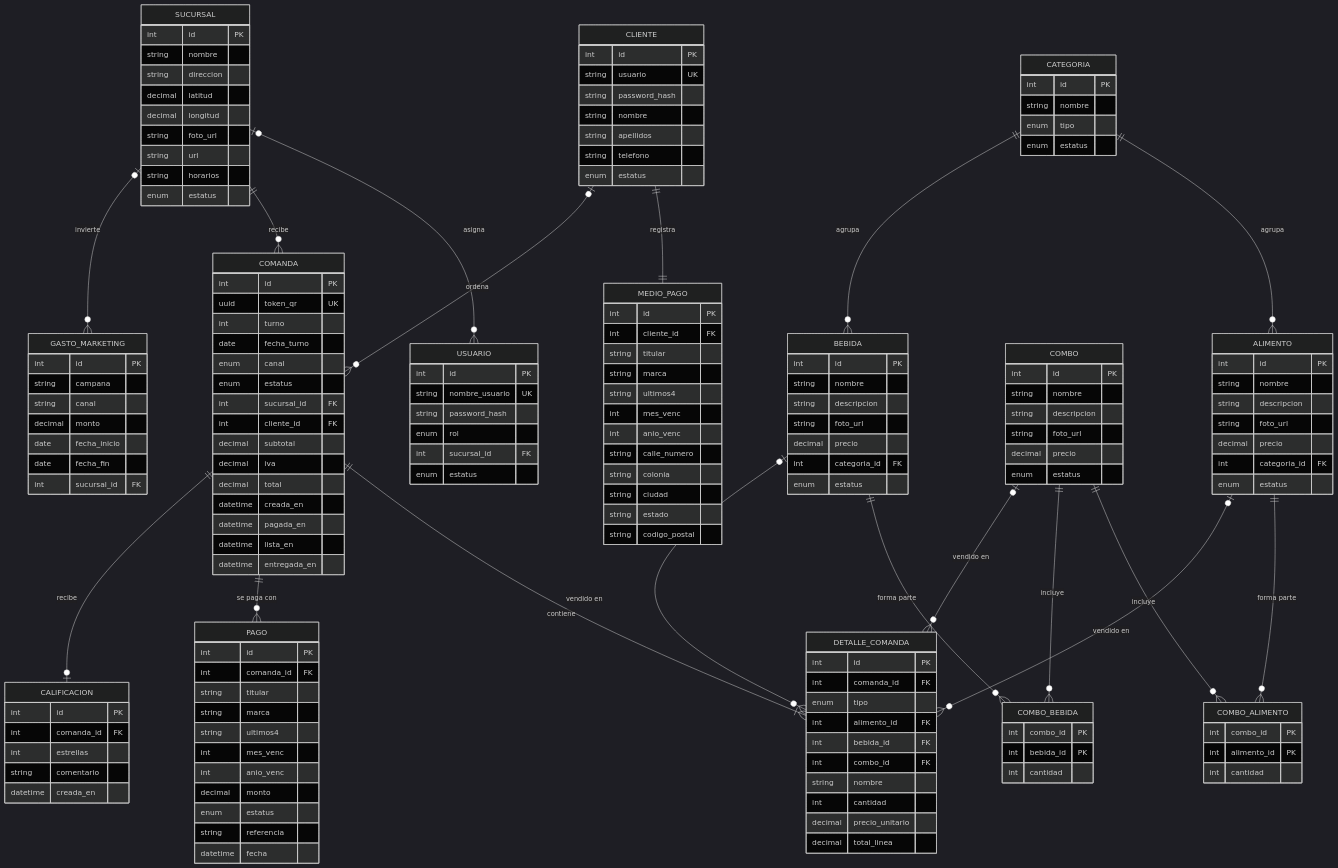
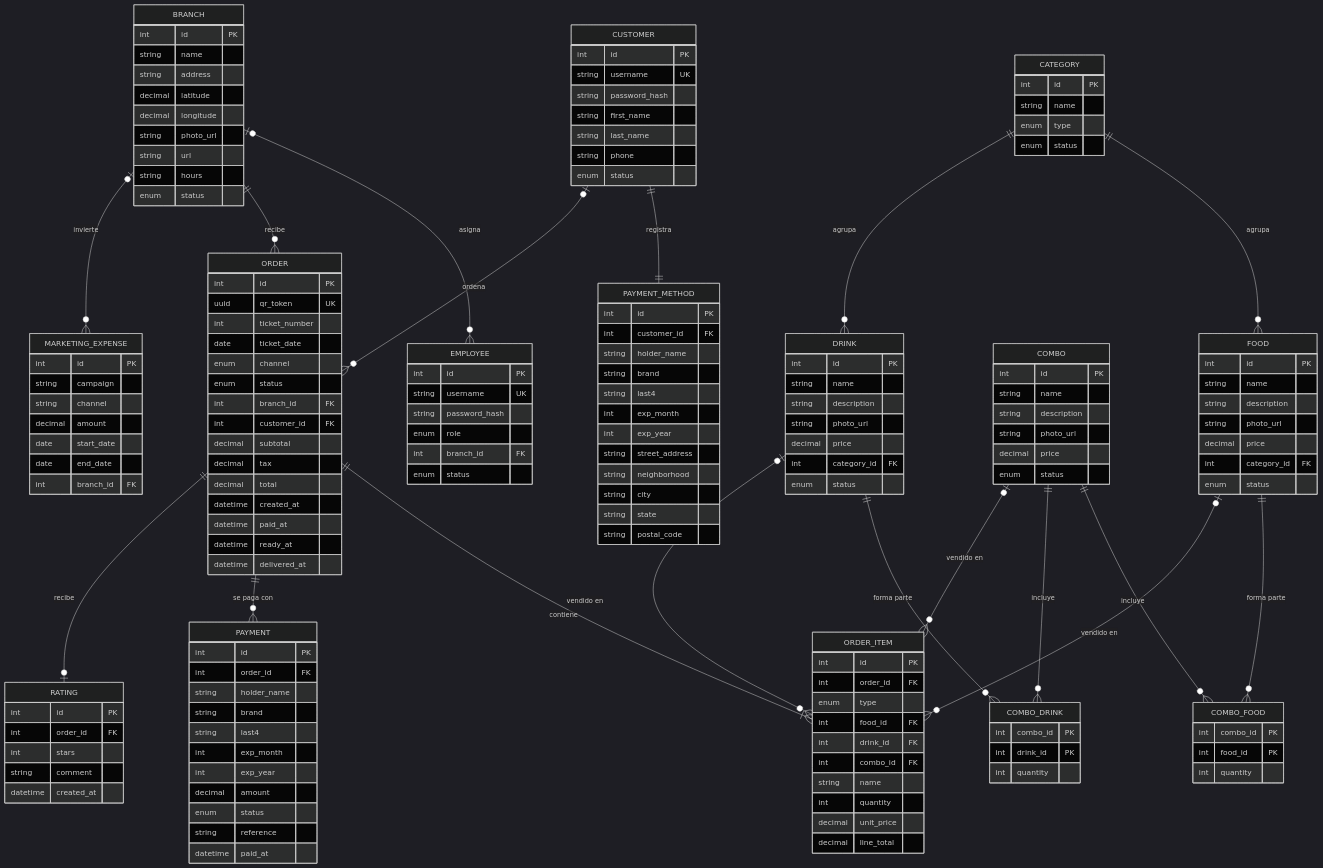
Before and after one commit to DevOjeda016/zarape: the diagram in docs/modelo-de-datos.md, drawn with Mermaid (dark theme). The commit also changed other lines of this file and 183 other files, not shown here.

````diff
--- a/docs/modelo-de-datos.md
+++ b/docs/modelo-de-datos.md
@@ -7,163 +28,163 @@
 ```mermaid
 erDiagram
-    SUCURSAL |o--o{ USUARIO : "asigna"
-    SUCURSAL ||--o{ COMANDA : "recibe"
-    SUCURSAL |o--o{ GASTO_MARKETING : "invierte"
-    CATEGORIA ||--o{ ALIMENTO : "agrupa"
-    CATEGORIA ||--o{ BEBIDA : "agrupa"
-    COMBO ||--o{ COMBO_ALIMENTO : "incluye"
-    ALIMENTO ||--o{ COMBO_ALIMENTO : "forma parte"
-    COMBO ||--o{ COMBO_BEBIDA : "incluye"
-    BEBIDA ||--o{ COMBO_BEBIDA : "forma parte"
-    CLIENTE ||--|| MEDIO_PAGO : "registra"
-    CLIENTE |o--o{ COMANDA : "ordena"
-    COMANDA ||--|{ DETALLE_COMANDA : "contiene"
-    ALIMENTO |o--o{ DETALLE_COMANDA : "vendido en"
-    BEBIDA |o--o{ DETALLE_COMANDA : "vendido en"
-    COMBO |o--o{ DETALLE_COMANDA : "vendido en"
-    COMANDA ||--o{ PAGO : "se paga con"
-    COMANDA ||--o| CALIFICACION : "recibe"
+    BRANCH |o--o{ EMPLOYEE : "asigna"
+    BRANCH ||--o{ ORDER : "recibe"
+    BRANCH |o--o{ MARKETING_EXPENSE : "invierte"
+    CATEGORY ||--o{ FOOD : "agrupa"
+    CATEGORY ||--o{ DRINK : "agrupa"
+    COMBO ||--o{ COMBO_FOOD : "incluye"
+    FOOD ||--o{ COMBO_FOOD : "forma parte"
+    COMBO ||--o{ COMBO_DRINK : "incluye"
+    DRINK ||--o{ COMBO_DRINK : "forma parte"
+    CUSTOMER ||--|| PAYMENT_METHOD : "registra"
+    CUSTOMER |o--o{ ORDER : "ordena"
+    ORDER ||--|{ ORDER_ITEM : "contiene"
+    FOOD |o--o{ ORDER_ITEM : "vendido en"
+    DRINK |o--o{ ORDER_ITEM : "vendido en"
+    COMBO |o--o{ ORDER_ITEM : "vendido en"
+    ORDER ||--o{ PAYMENT : "se paga con"
+    ORDER ||--o| RATING : "recibe"
 
-    SUCURSAL {
+    BRANCH {
         int id PK
-        string nombre
-        string direccion
-        decimal latitud
-        decimal longitud
-        string foto_url
+        string name
+        string address
+        decimal latitude
+        decimal longitude
+        string photo_url
         string url
-        string horarios
-        enum estatus
+        string hours
+        enum status
     }
-    USUARIO {
+    EMPLOYEE {
         int id PK
-        string nombre_usuario UK
+        string username UK
         string password_hash
-        enum rol
-        int sucursal_id FK
-        enum estatus
+        enum role
+        int branch_id FK
+        enum status
     }
-    CATEGORIA {
+    CATEGORY {
         int id PK
-        string nombre
-        enum tipo
-        enum estatus
+        string name
+        enum type
+        enum status
     }
-    ALIMENTO {
+    FOOD {
         int id PK
-        string nombre
-        string descripcion
-        string foto_url
-        decimal precio
-        int categoria_id FK
-        enum estatus
+        string name
+        string description
+        string photo_url
+        decimal price
+        int category_id FK
+        enum status
     }
-    BEBIDA {
+    DRINK {
         int id PK
-        string nombre
-        string descripcion
-        string foto_url
-        decimal precio
-        int categoria_id FK
-        enum estatus
+        string name
+        string description
+        string photo_url
+        decimal price
+        int category_id FK
+        enum status
     }
     COMBO {
         int id PK
-        string nombre
-        string descripcion
-        string foto_url
-        decimal precio
-        enum estatus
+        string name
+        string description
+        string photo_url
+        decimal price
+        enum status
     }
-    COMBO_ALIMENTO {
+    COMBO_FOOD {
         int combo_id PK
-        int alimento_id PK
-        int cantidad
+        int food_id PK
+        int quantity
     }
-    COMBO_BEBIDA {
+    COMBO_DRINK {
         int combo_id PK
-        int bebida_id PK
-        int cantidad
+        int drink_id PK
+        int quantity
     }
-    CLIENTE {
+    CUSTOMER {
         int id PK
-        string usuario UK
+        string username UK
         string password_hash
-        string nombre
-        string apellidos
-        string telefono
-        enum estatus
+        string first_name
+        string last_name
+        string phone
+        enum status
     }
-    MEDIO_PAGO {
+    PAYMENT_METHOD {
         int id PK
-        int cliente_id FK
-        string titular
-        string marca
-        string ultimos4
-        int mes_venc
-        int anio_venc
-        string calle_numero
-        string colonia
-        string ciudad
-        string estado
-        string codigo_postal
+        int customer_id FK
+        string holder_name
+        string brand
+        string last4
+        int exp_month
+        int exp_year
+        string street_address
+        string neighborhood
+        string city
+        string state
+        string postal_code
     }
-    COMANDA {
+    ORDER {
         int id PK
-        uuid token_qr UK
-        int turno
-        date fecha_turno
-        enum canal
-        enum estatus
-        int sucursal_id FK
-        int cliente_id FK
+        uuid qr_token UK
+        int ticket_number
+        date ticket_date
+        enum channel
+        enum status
+        int branch_id FK
+        int customer_id FK
         decimal subtotal
-        decimal iva
+        decimal tax
         decimal total
-        datetime creada_en
-        datetime pagada_en
-        datetime lista_en
-        datetime entregada_en
+        datetime created_at
+        datetime paid_at
+        datetime ready_at
+        datetime delivered_at
     }
-    DETALLE_COMANDA {
+    ORDER_ITEM {
         int id PK
-        int comanda_id FK
-        enum tipo
-        int alimento_id FK
-        int bebida_id FK
+        int order_id FK
+        enum type
+        int food_id FK
+        int drink_id FK
         int combo_id FK
-        string nombre
-        int cantidad
-        decimal precio_unitario
-        decimal total_linea
+        string name
+        int quantity
+        decimal unit_price
+        decimal line_total
     }
-    PAGO {
+    PAYMENT {
         int id PK
-        int comanda_id FK
-        string titular
-        string marca
-        string ultimos4
-        int mes_venc
-        int anio_venc
-        decimal monto
-        enum estatus
-        string referencia
-        datetime fecha
+        int order_id FK
+        string holder_name
+        string brand
+        string last4
+        int exp_month
+        int exp_year
+        decimal amount
+        enum status
+        string reference
+        datetime paid_at
     }
-    GASTO_MARKETING {
+    MARKETING_EXPENSE {
         int id PK
-        string campana
-        string canal
-        decimal monto
-        date fecha_inicio
-        date fecha_fin
-        int sucursal_id FK
+        string campaign
+        string channel
+        decimal amount
+        date start_date
+        date end_date
+        int branch_id FK
     }
-    CALIFICACION {
+    RATING {
         int id PK
-        int comanda_id FK
-        int estrellas
-        string comentario
-        datetime creada_en
+        int order_id FK
+        int stars
+        string comment
+        datetime created_at
     }
 ```
````
